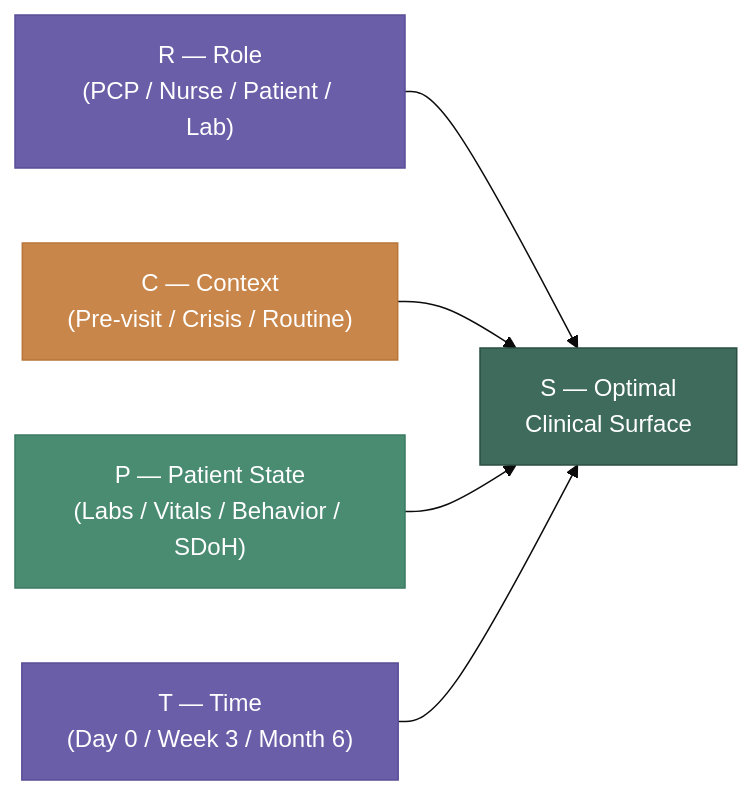
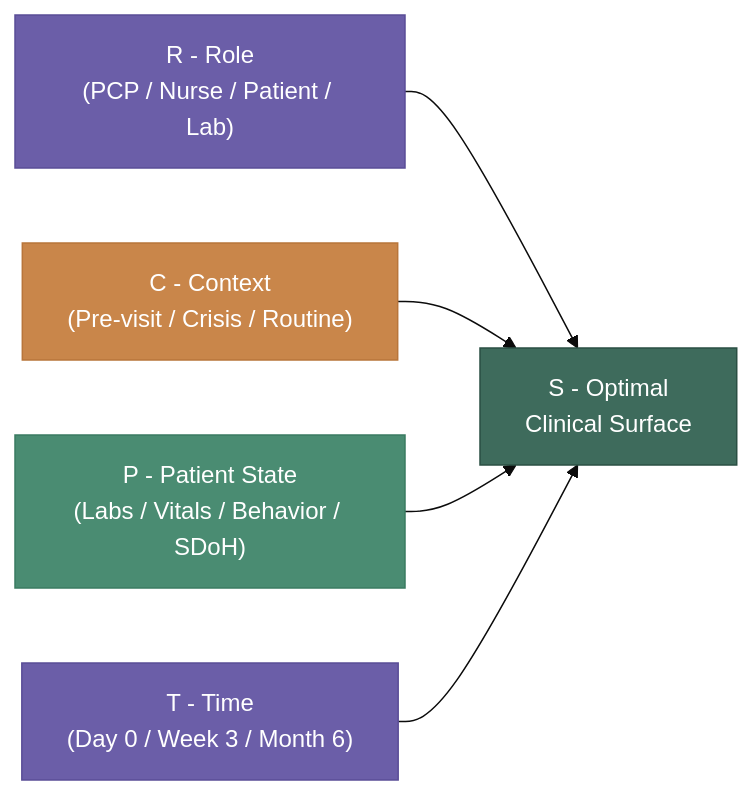
One commit to aliomraniH/ambient-patient-companion changed the second of 8 diagrams in README.md. Above: the diagram before and after it, drawn with Mermaid (base theme). The commit also changed other lines of this file and 2 other files, not shown here.

First line of the commit message:
Fix broken visuals and update system architecture screenshot

````diff
--- a/README.md
+++ b/README.md
@@ -201,19 +201,19 @@
 ```mermaid
 graph LR
-    R["R — Role<br/>(PCP / Nurse / Patient / Lab)"]
-    C["C — Context<br/>(Pre-visit / Crisis / Routine)"]
-    P["P — Patient State<br/>(Labs / Vitals / Behavior / SDoH)"]
-    T["T — Time<br/>(Day 0 / Week 3 / Month 6)"]
-    S["S — Optimal<br/>Clinical Surface"]
+    R["R - Role<br/>(PCP / Nurse / Patient / Lab)"]
+    C["C - Context<br/>(Pre-visit / Crisis / Routine)"]
+    P["P - Patient State<br/>(Labs / Vitals / Behavior / SDoH)"]
+    T["T - Time<br/>(Day 0 / Week 3 / Month 6)"]
+    S["S - Optimal<br/>Clinical Surface"]
 
     R --> S
     C --> S
     P --> S
     T --> S
 
     style S fill:#3E6B5C,color:#fff,stroke:#2a4f43
     style R fill:#6B5EA8,color:#fff,stroke:#5a4d97
     style C fill:#C9864A,color:#fff,stroke:#b8753a
     style P fill:#4A8C72,color:#fff,stroke:#3a7b61
     style T fill:#6B5EA8,color:#fff,stroke:#5a4d97
 ```
````
